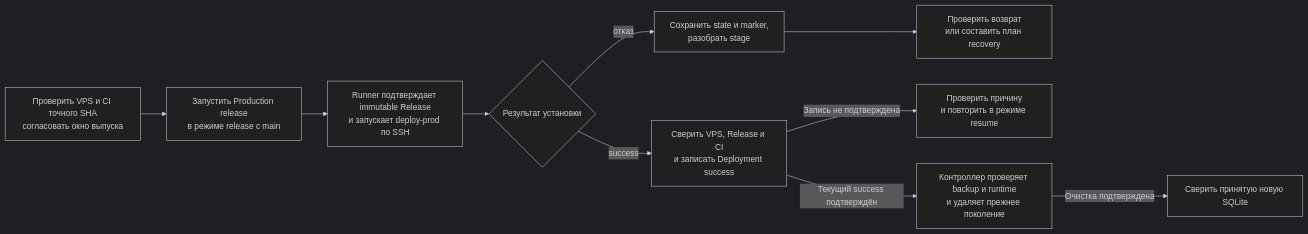
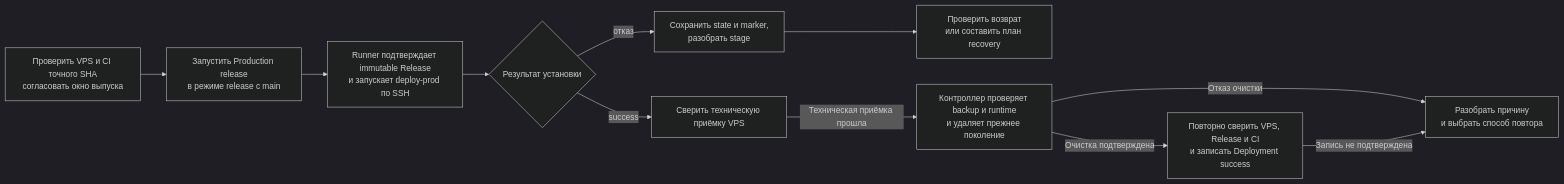
Before and after one commit to karateka-git/compadre-assistant: the diagram in docs/OPERATIONS.md, drawn with Mermaid (dark theme). The commit also changed other lines of this file and 10 other files, not shown here.

Commit message:
Очищать прежнюю SQLite до записи Deployment

````diff
--- a/docs/OPERATIONS.md
+++ b/docs/OPERATIONS.md
@@ -25,12 +25,13 @@
 ```mermaid
 flowchart LR
     A[Проверить VPS и CI точного SHA<br/>согласовать окно выпуска] --> B[Запустить Production release<br/>в режиме release с main]
     B --> C[Runner подтверждает immutable Release<br/>и запускает deploy-prod по SSH]
     C --> D{Результат установки}
-    D -->|success| E[Сверить VPS, Release и CI<br/>и записать Deployment success]
+    D -->|success| E[Сверить техническую приёмку VPS]
     D -->|отказ| F[Сохранить state и marker,<br/>разобрать stage]
     F --> G[Проверить возврат<br/>или составить план recovery]
-    E -->|Запись не подтверждена| H[Проверить причину<br/>и повторить в режиме resume]
-    E -->|Текущий success подтверждён| I[Контроллер проверяет backup и runtime<br/>и удаляет прежнее поколение]
-    I -->|Очистка подтверждена| J[Сверить принятую новую SQLite]
+    E -->|Техническая приёмка прошла| I[Контроллер проверяет backup и runtime<br/>и удаляет прежнее поколение]
+    I -->|Очистка подтверждена| J[Повторно сверить VPS, Release и CI<br/>и записать Deployment success]
+    I -->|Отказ очистки| H[Разобрать причину<br/>и выбрать способ повтора]
+    J -->|Запись не подтверждена| H
 ```
````
